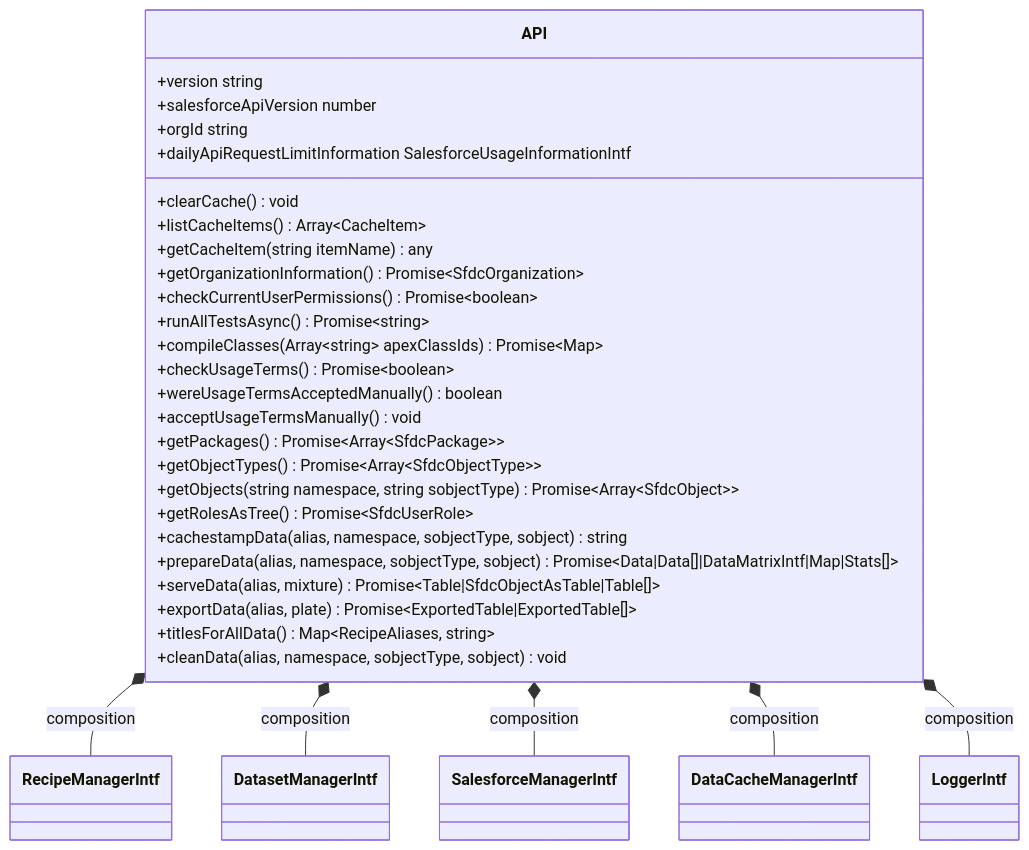
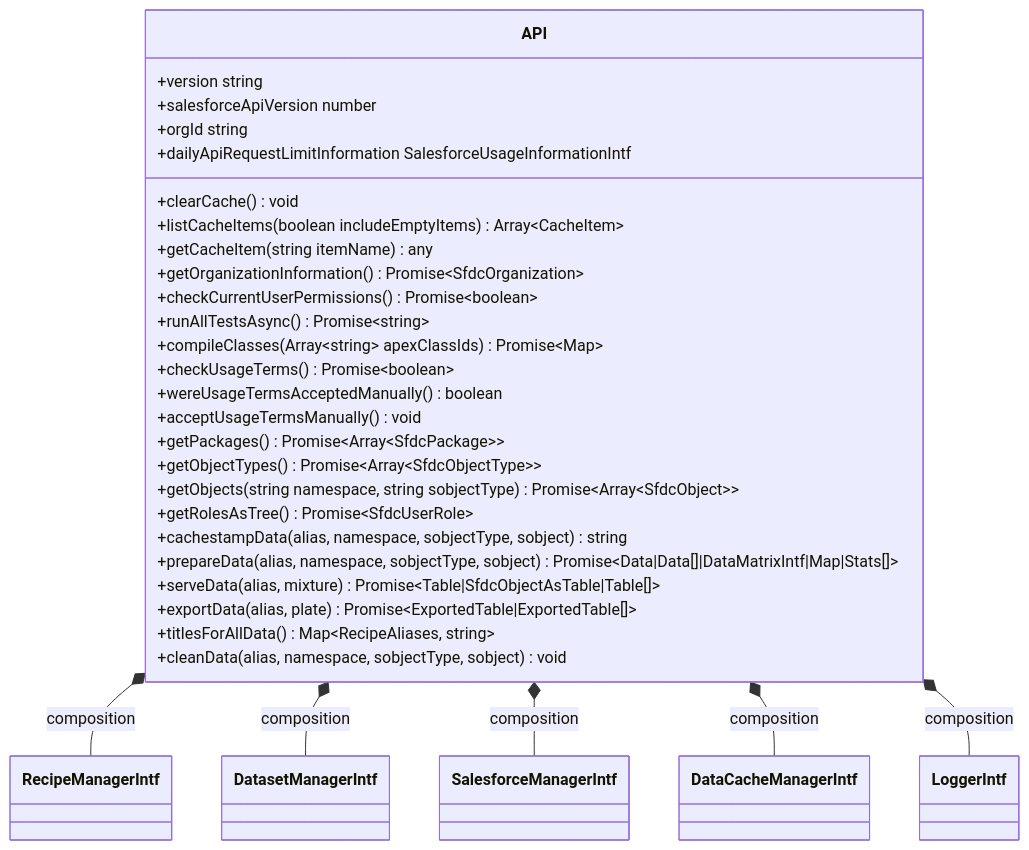
Before and after one commit to SalesforceLabs/OrgCheck: the second of 3 diagrams in docs/index8.classdiagram.md, drawn with Mermaid. The commit also changed 6 other files, not shown here.

````diff
--- a/docs/index8.classdiagram.md
+++ b/docs/index8.classdiagram.md
@@ -49,35 +49,35 @@
 ```mermaid
 classDiagram
     class API {
         +version string
         +salesforceApiVersion number
         +orgId string
         +clearCache() void
-        +listCacheItems() Array~CacheItem~
+        +listCacheItems(boolean includeEmptyItems) Array~CacheItem~
         +getCacheItem(string itemName) any
         +dailyApiRequestLimitInformation SalesforceUsageInformationIntf
         +getOrganizationInformation() Promise~SfdcOrganization~
         +checkCurrentUserPermissions() Promise~boolean~
         +runAllTestsAsync() Promise~string~
         +compileClasses(Array~string~ apexClassIds) Promise~Map~
         +checkUsageTerms() Promise~boolean~
         +wereUsageTermsAcceptedManually() boolean
         +acceptUsageTermsManually() void
         +getPackages() Promise~Array~SfdcPackage~~
         +getObjectTypes() Promise~Array~SfdcObjectType~~
         +getObjects(string namespace, string sobjectType) Promise~Array~SfdcObject~~
         +getRolesAsTree() Promise~SfdcUserRole~
         +cachestampData(alias, namespace, sobjectType, sobject) string
         +prepareData(alias, namespace, sobjectType, sobject) Promise~Data|Data[]|DataMatrixIntf|Map|Stats[]~
         +serveData(alias, mixture) Promise~Table|SfdcObjectAsTable|Table[]~
         +exportData(alias, plate) Promise~ExportedTable|ExportedTable[]~
         +titlesForAllData() Map~RecipeAliases, string~
         +cleanData(alias, namespace, sobjectType, sobject) void
     }
 
 API *-- RecipeManagerIntf : composition
 API *-- DatasetManagerIntf : composition
 API *-- SalesforceManagerIntf : composition
 API *-- DataCacheManagerIntf : composition
 API *-- LoggerIntf : composition
 ```
````
